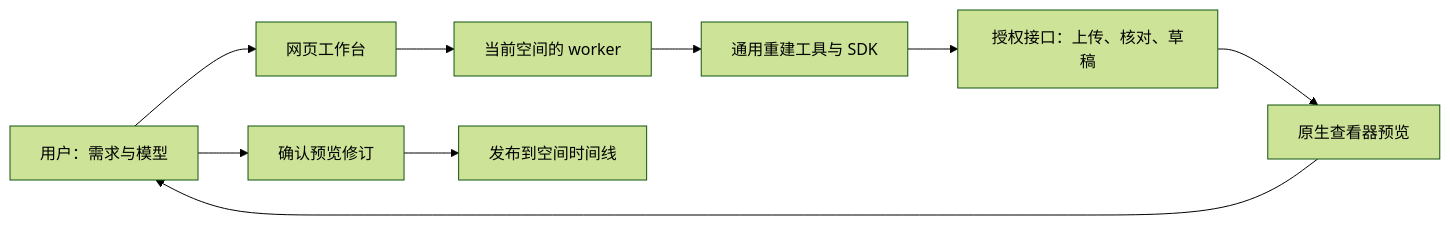
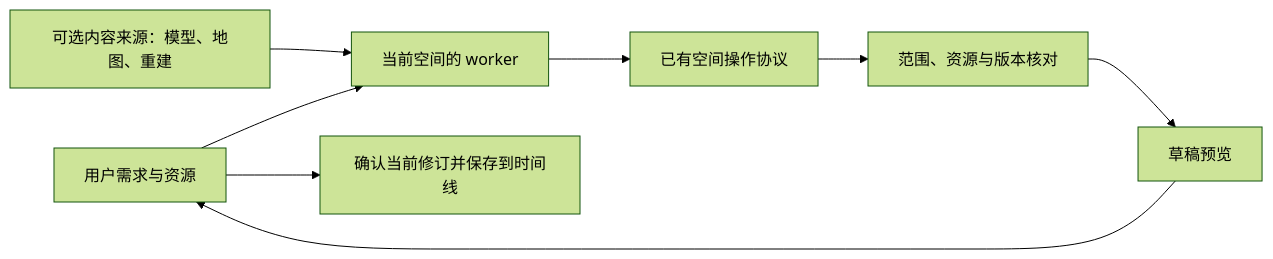
The diagram in docs/SPACE_AUTHORING.md (ChronoAIProject/chrono-metaverse), drawn with Mermaid (forest theme) before and after one commit. The commit also changed other lines of this file and 25 other files, not shown here.

````diff
--- a/docs/SPACE_AUTHORING.md
+++ b/docs/SPACE_AUTHORING.md
@@ -5,11 +5,10 @@
 ```mermaid
 flowchart LR
-  U[用户：需求与模型] --> W[网页工作台]
-  W --> A[当前空间的 worker]
-  A --> T[通用重建工具与 SDK]
-  T --> D[授权接口：上传、核对、草稿]
-  D --> V[原生查看器预览]
-  V --> U
-  U --> C[确认预览修订]
-  C --> P[发布到空间时间线]
+  U[用户需求与资源] --> A[当前空间的 worker]
+  S[可选内容来源：模型、地图、重建] --> A
+  A --> O[已有空间操作协议]
+  O --> C[范围、资源与版本核对]
+  C --> D[草稿预览]
+  D --> U
+  U --> P[确认当前修订并保存到时间线]
 ```
````
